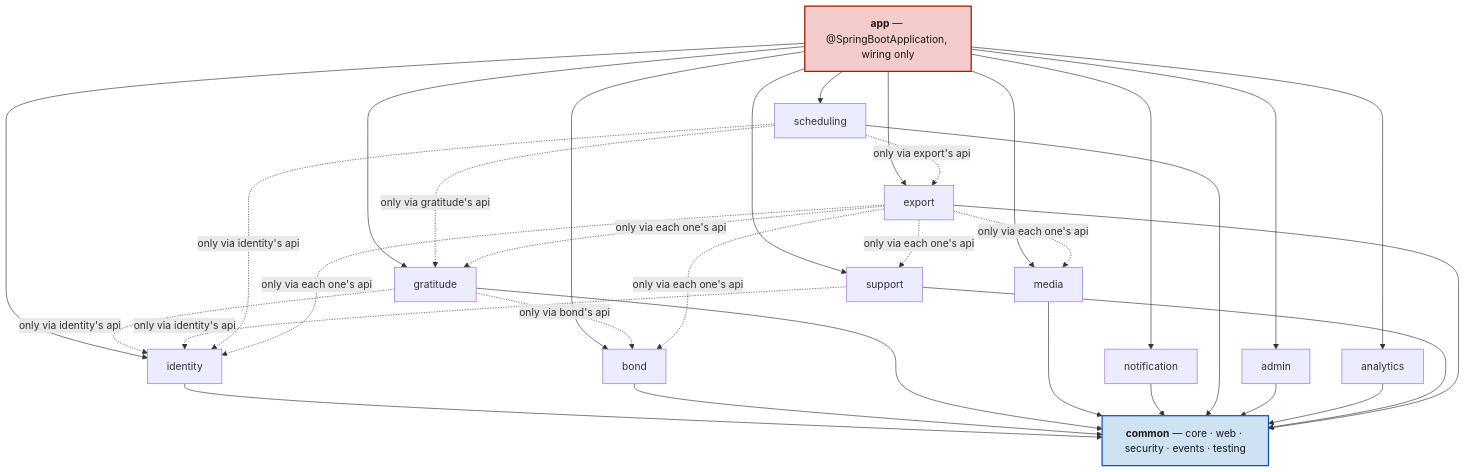
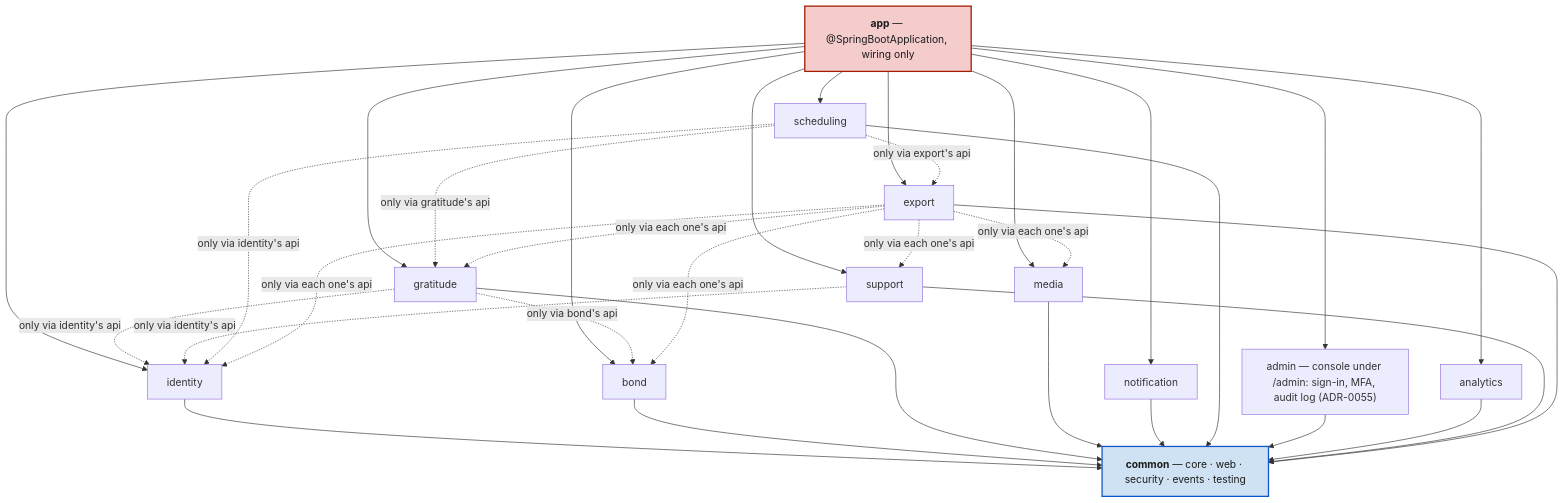
The first of 2 diagrams in README.md (Ayodeji97/moyi-backend), drawn with Mermaid before and after one commit. The commit also changed 91 other files, not shown here.

First line of the commit message:
feat(admin): the admin console's sign-in, roles and audit log, switched off (A1) (#131)

````diff
--- a/README.md
+++ b/README.md
@@ -204,36 +204,36 @@
 ```mermaid
 flowchart TD
     app["<b>app</b> — @SpringBootApplication, wiring only"]
 
     identity["identity"]
     bond["bond"]
     gratitude["gratitude"]
     media["media"]
     notification["notification"]
     scheduling["scheduling"]
-    admin["admin"]
+    admin["admin — console under /admin: sign-in, MFA, audit log (ADR-0055)"]
     analytics["analytics"]
     support["support"]
     export["export"]
 
     common["<b>common</b> — core · web · security · events · testing"]
 
     app --> identity & bond & gratitude & media
     app --> notification & scheduling & admin & analytics & support & export
 
     identity & bond & gratitude & media --> common
     notification & scheduling & admin & analytics & support & export --> common
 
     gratitude -. "only via bond's api" .-> bond
     gratitude -. "only via identity's api" .-> identity
     scheduling -. "only via gratitude's api" .-> gratitude
     support -. "only via identity's api" .-> identity
     scheduling -. "only via identity's api" .-> identity
     export -. "only via each one's api" .-> gratitude & bond & identity & media & support
     scheduling -. "only via export's api" .-> export
 
     classDef wiring fill:#f4cccc,stroke:#a61c00,stroke-width:2px,color:#1a1a1a
     classDef shared fill:#cfe2f3,stroke:#1155cc,stroke-width:2px,color:#1a1a1a
     class app wiring
     class common shared
 ```
````
